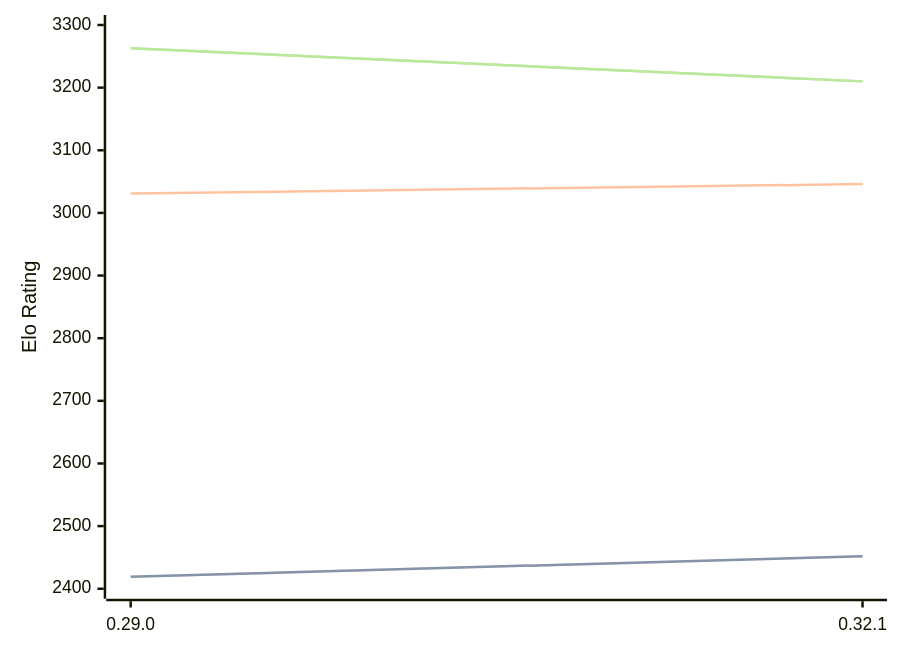
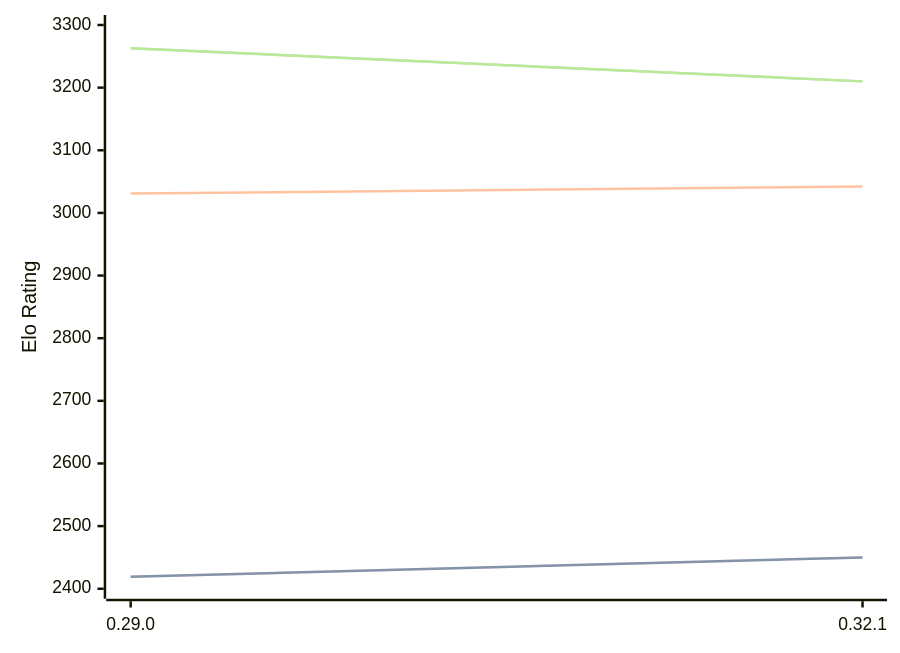
Before and after one commit to computer-chess-index/cci: the diagram in engines/Lc0.md, drawn with Mermaid. The commit also changed other lines of this file, not shown here.

Commit message:
Update CCI Ratings (ELO VLTC) - 2026-04-16

````diff
--- a/engines/Lc0.md
+++ b/engines/Lc0.md
@@ -68,11 +68,11 @@
 ```mermaid
 %%{init: {"theme":"base","themeVariables":{"seriesColors:['#a3a3a3','#222221','#faa371']}}}%%
 xychart-beta
   x-axis ["0.29.0", "0.32.1"]
   y-axis "Elo Rating" 2400 --> 3300
-  line "STC (8.0+0.08s)" [2419, 2452]
-  line "STC (8.0+0.08s)" [2419, 2452]
-  line "LTC (60.0+0.60s)" [3031, 3046]
+  line "STC (8.0+0.08s)" [2419, 2450]
+  line "STC (8.0+0.08s)" [2419, 2450]
+  line "LTC (60.0+0.60s)" [3031, 3042]
   line "VLTC (2m24s+1.12s)" [3263, 3210]
   line "VLTC (2m24s+1.12s)" [3263, 3210]
 ```
````
